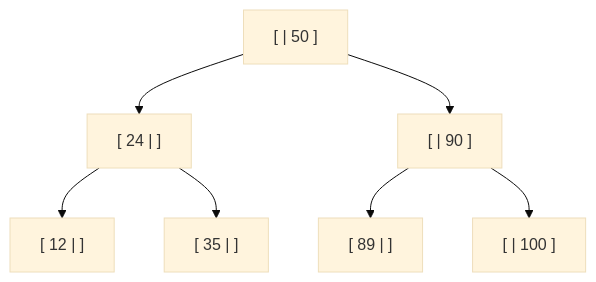
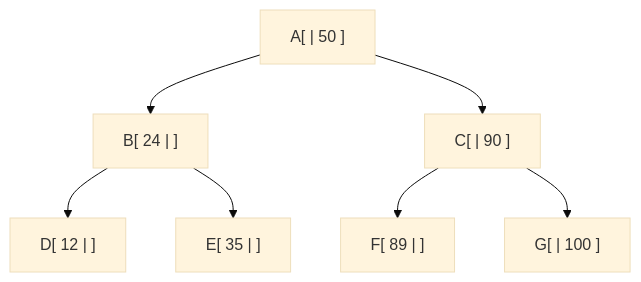
One commit to IvasiutaM/Algoritmos-II-Consulta changed the tenth of 10 diagrams in Unidad 6 Estructuras de Datos no lineales/Árboles2-3.md. Above: the diagram before and after it, drawn with Mermaid (base theme). The commit also changed other lines of this file, not shown here.

````diff
--- a/Unidad 6 Estructuras de Datos no lineales/Árboles2-3.md
+++ b/Unidad 6 Estructuras de Datos no lineales/Árboles2-3.md
@@ -103,17 +103,17 @@
 ```mermaid
 graph TD
-    A["[  | 50 ]"]
-    B["[ 24 |  ]"]
-    C["[  | 90 ]"]
-    D["[ 12 |  ]"]
-    E["[ 35 |  ]"]
-    F["[ 89 | ] "]
-    G["[  | 100 ]"]
+    A["A[  | 50 ]"]
+    B["B[ 24 |  ]"]
+    C["C[  | 90 ]"]
+    D["D[ 12 |  ]"]
+    E["E[ 35 |  ]"]
+    F["F[ 89 | ] "]
+    G["G[  | 100 ]"]
 
     A --> B
     A --> C
     B --> D
     B --> E
     C --> F
     C --> G
 ```
````
